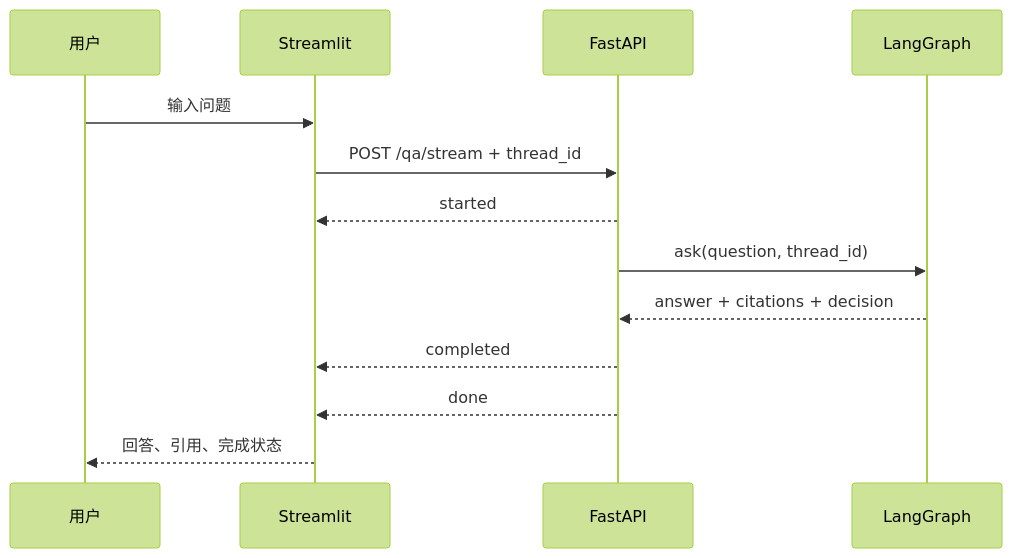
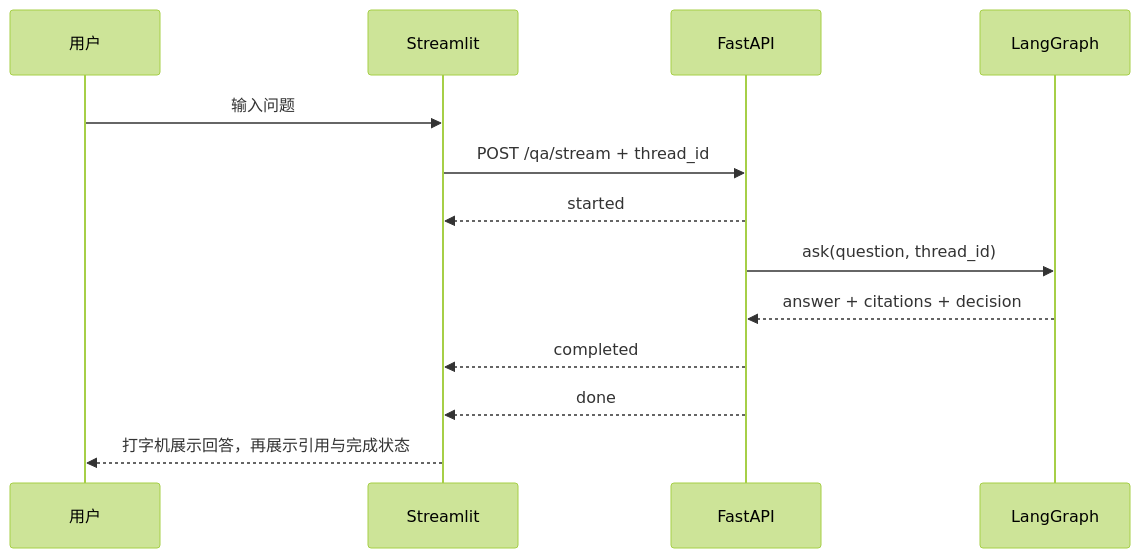
The second of 2 diagrams in docs/PHASE6_STREAMLIT_DEMO_NOTES.md (azzlzzxz/rag-v1), drawn with Mermaid (forest theme) before and after one commit. The commit also changed other lines of this file and 3 other files, not shown here.

````diff
--- a/docs/PHASE6_STREAMLIT_DEMO_NOTES.md
+++ b/docs/PHASE6_STREAMLIT_DEMO_NOTES.md
@@ -31,15 +31,15 @@
 ```mermaid
 sequenceDiagram
     participant U as 用户
     participant S as Streamlit
     participant F as FastAPI
     participant G as LangGraph
     U->>S: 输入问题
     S->>F: POST /qa/stream + thread_id
     F-->>S: started
     F->>G: ask(question, thread_id)
     G-->>F: answer + citations + decision
     F-->>S: completed
     F-->>S: done
-    S-->>U: 回答、引用、完成状态
+    S-->>U: 打字机展示回答，再展示引用与完成状态
 ```
````
